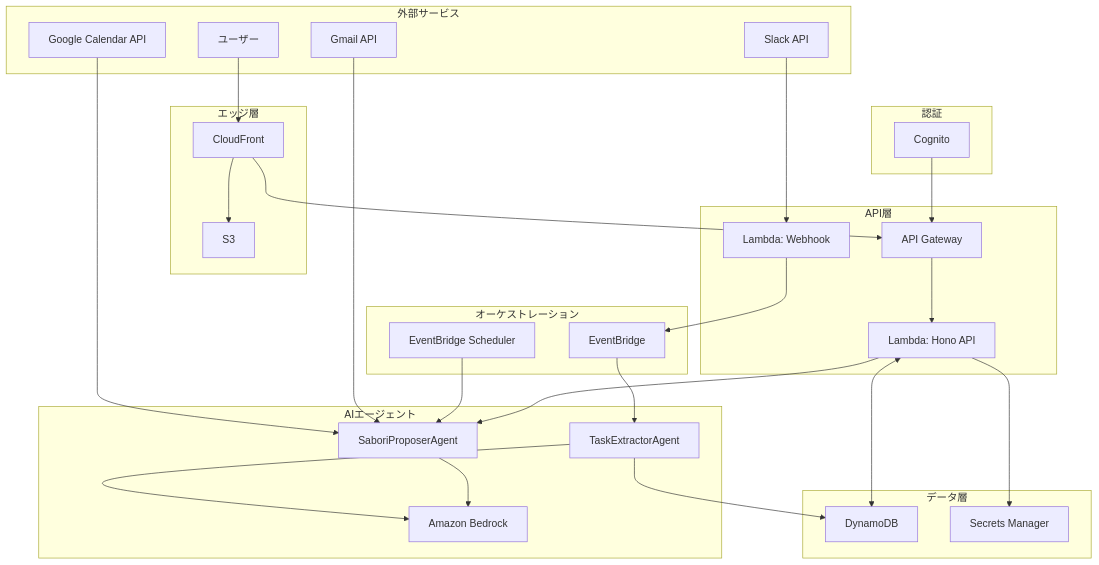
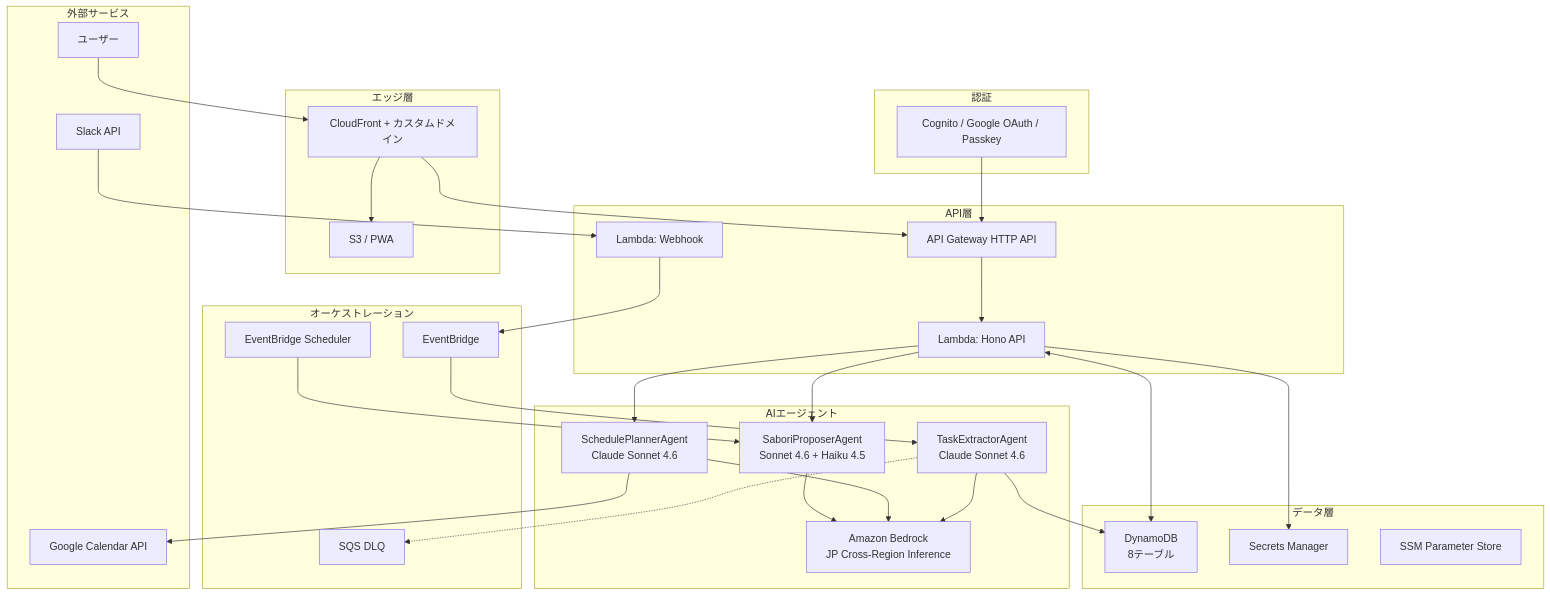
One commit to mashharuki/AWS-SummitHackathon-2026 changed the fourth of 5 diagrams in README.md. Above: the diagram before and after it, drawn with Mermaid. The commit also changed other lines of this file, not shown here.

````diff
--- a/README.md
+++ b/README.md
@@ -253,60 +329,64 @@
 ```mermaid
 graph TD
 	subgraph External[外部サービス]
 		Slack[Slack API]
-		Gmail[Gmail API]
 		GCal[Google Calendar API]
 		User[ユーザー]
 	end
 
 	subgraph Edge[エッジ層]
-		CF[CloudFront]
-		S3[S3]
+		CF[CloudFront + カスタムドメイン]
+		S3[S3 / PWA]
 	end
 
 	subgraph Auth[認証]
-		Cognito[Cognito]
+		Cognito[Cognito / Google OAuth / Passkey]
 	end
 
 	subgraph API[API層]
-		APIGW[API Gateway]
+		APIGW[API Gateway HTTP API]
 		HonoLambda[Lambda: Hono API]
 		WebhookLambda[Lambda: Webhook]
 	end
 
 	subgraph Agent[AIエージェント]
-		TaskExtractor[TaskExtractorAgent]
-		SaboriProposer[SaboriProposerAgent]
-		Bedrock[Amazon Bedrock]
+		TaskExtractor[TaskExtractorAgent<br/>Claude Sonnet 4.6]
+		SaboriProposer[SaboriProposerAgent<br/>Sonnet 4.6 + Haiku 4.5]
+		SchedulePlanner[SchedulePlannerAgent<br/>Claude Sonnet 4.6]
+		Bedrock[Amazon Bedrock<br/>JP Cross-Region Inference]
 	end
 
 	subgraph Data[データ層]
-		DDB[DynamoDB]
+		DDB[DynamoDB<br/>8テーブル]
 		SM[Secrets Manager]
+		SSM[SSM Parameter Store]
 	end
 
 	subgraph Orchestration[オーケストレーション]
 		EB[EventBridge]
 		EBScheduler[EventBridge Scheduler]
+		DLQ[SQS DLQ]
 	end
 
 	User --> CF
 	CF --> S3
 	CF --> APIGW
 	APIGW --> HonoLambda
 	HonoLambda --> SaboriProposer
+	HonoLambda --> SchedulePlanner
 	SaboriProposer --> Bedrock
+	SchedulePlanner --> Bedrock
+	SchedulePlanner --> GCal
 	HonoLambda <--> DDB
 	HonoLambda --> SM
 
 	Slack --> WebhookLambda
 	WebhookLambda --> EB
 	EB --> TaskExtractor
 	TaskExtractor --> Bedrock
 	TaskExtractor --> DDB
+	TaskExtractor -.-> DLQ
 
 	EBScheduler --> SaboriProposer
-	Gmail --> SaboriProposer
-	GCal --> SaboriProposer
 	Cognito --> APIGW
 ```
````
